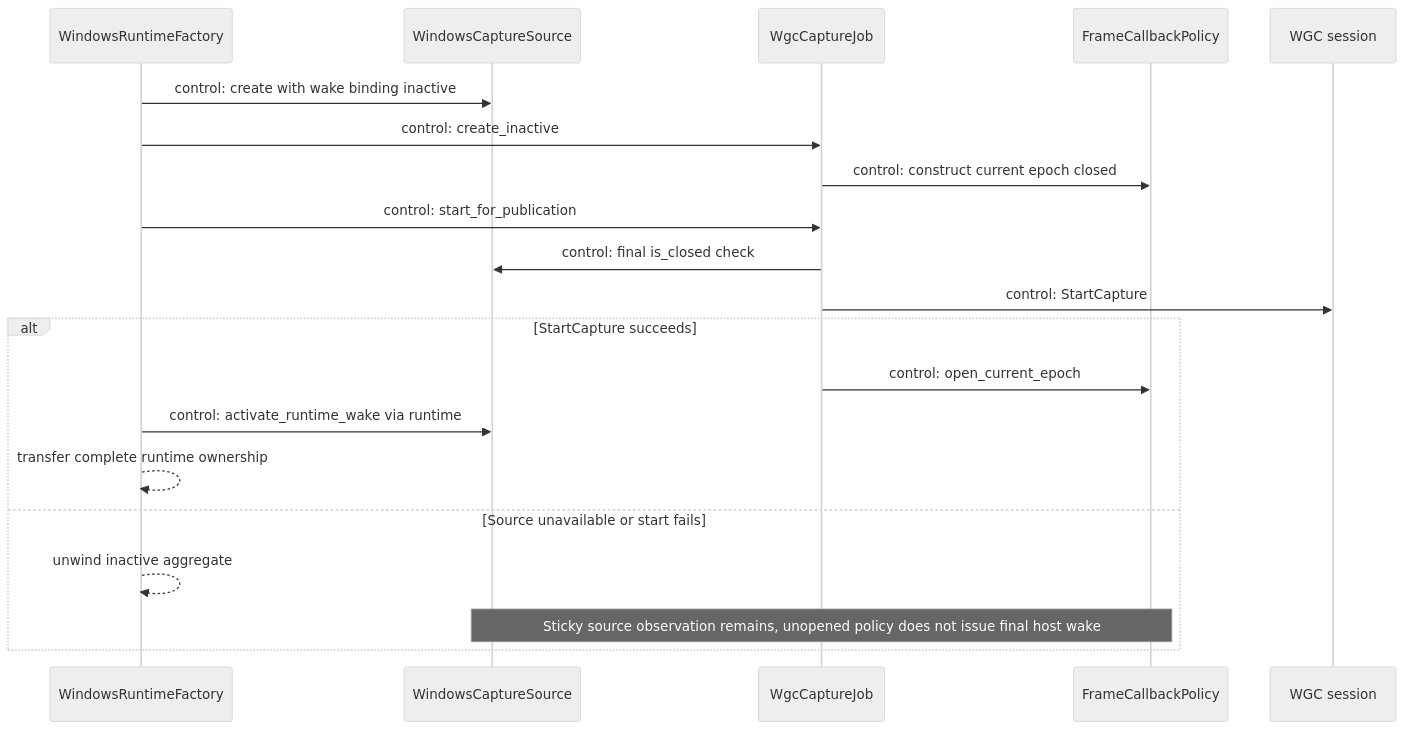
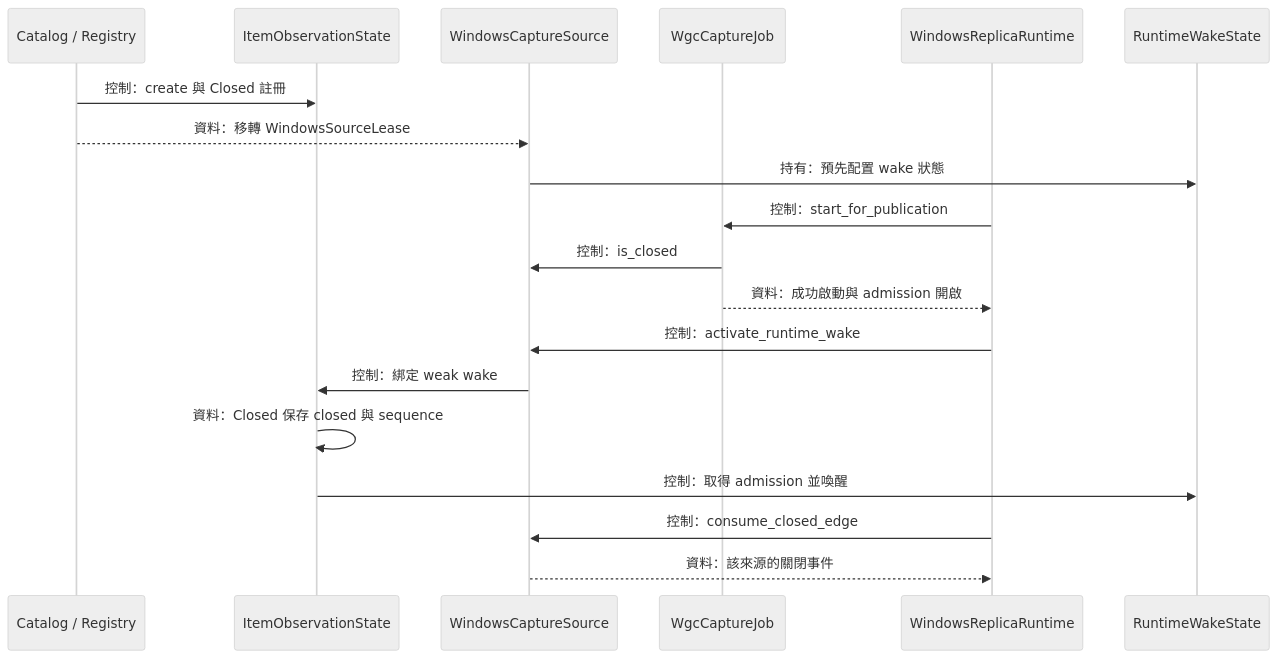
The third of 8 diagrams in docs/architecture/windows-capture.md (Mes0903/avb0795), drawn with Mermaid (neutral theme) before and after one commit. The commit also changed other lines of this file and 156 other files, not shown here.

````diff
--- a/docs/architecture/windows-capture.md
+++ b/docs/architecture/windows-capture.md
@@ -52,22 +82,21 @@
 ```mermaid
 sequenceDiagram
-    participant Factory as WindowsRuntimeFactory
-    participant Source as WindowsCaptureSource
-    participant Job as WgcCaptureJob
-    participant Policy as FrameCallbackPolicy
-    participant Native as WGC session
-    Factory->>Source: control: create with wake binding inactive
-    Factory->>Job: control: create_inactive
-    Job->>Policy: control: construct current epoch closed
-    Factory->>Job: control: start_for_publication
-    Job->>Source: control: final is_closed check
-    Job->>Native: control: StartCapture
-    alt StartCapture succeeds
-        Job->>Policy: control: open_current_epoch
-        Factory->>Source: control: activate_runtime_wake via runtime
-        Factory-->>Factory: transfer complete runtime ownership
-    else Source unavailable or start fails
-        Factory-->>Factory: unwind inactive aggregate
-        Note over Source,Policy: Sticky source observation remains, unopened policy does not issue final host wake
-    end
+    participant C as Catalog / Registry
+    participant O as ItemObservationState
+    participant S as WindowsCaptureSource
+    participant J as WgcCaptureJob
+    participant R as WindowsReplicaRuntime
+    participant W as RuntimeWakeState
+    C->>O: 控制：create 與 Closed 註冊
+    C-->>S: 資料：移轉 WindowsSourceLease
+    S->>W: 持有：預先配置 wake 狀態
+    R->>J: 控制：start_for_publication
+    J->>S: 控制：is_closed
+    J-->>R: 資料：成功啟動與 admission 開啟
+    R->>S: 控制：activate_runtime_wake
+    S->>O: 控制：綁定 weak wake
+    O->>O: 資料：Closed 保存 closed 與 sequence
+    O->>W: 控制：取得 admission 並喚醒
+    R->>S: 控制：consume_closed_edge
+    S-->>R: 資料：該來源的關閉事件
 ```
````
